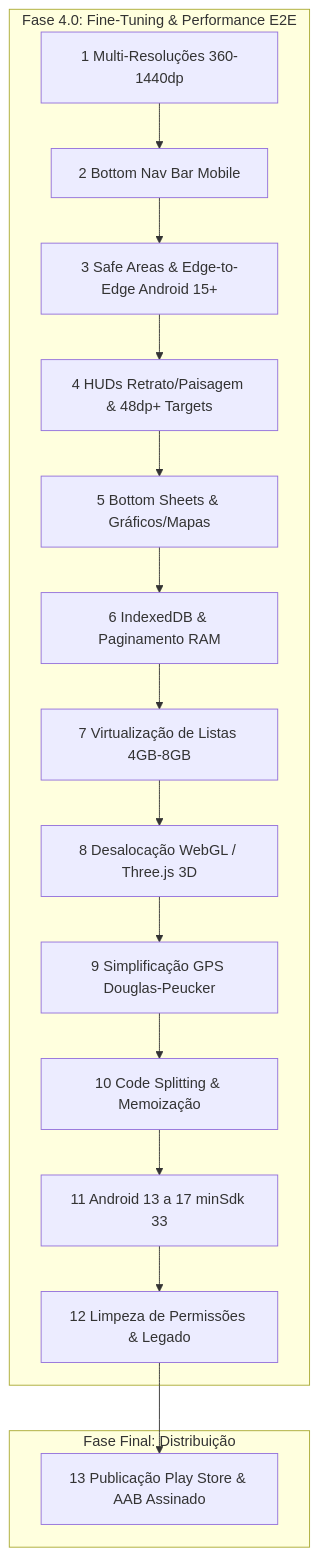
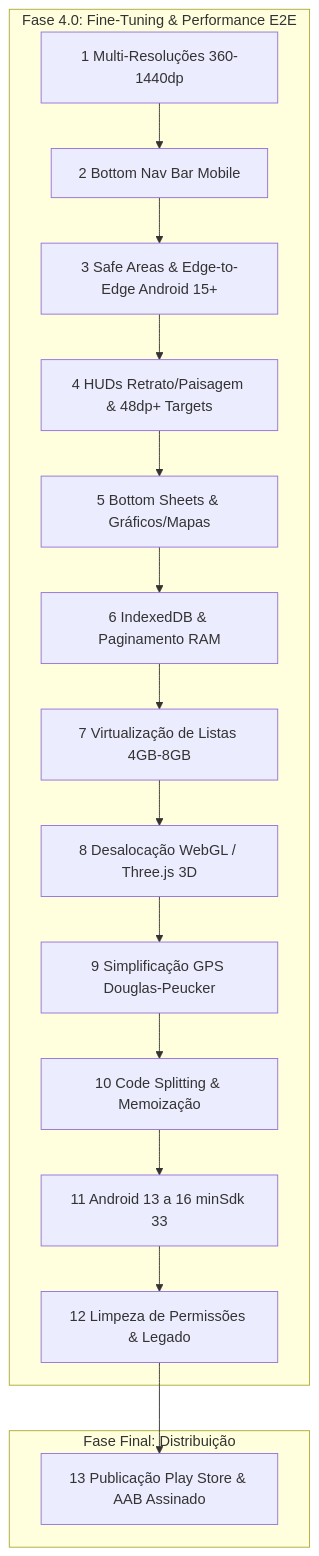
The diagram in ROADMAP.md (lguscouto/runflow-app), drawn with Mermaid before and after one commit. The commit also changed other lines of this file and 190 other files, not shown here.

````diff
--- a/ROADMAP.md
+++ b/ROADMAP.md
@@ -154,22 +170,23 @@
 ```mermaid
 flowchart TD
   subgraph Fase4["Fase 4.0: Fine-Tuning & Performance E2E"]
     V1[1 Multi-Resoluções 360-1440dp] --> V2[2 Bottom Nav Bar Mobile]
     V2 --> V3[3 Safe Areas & Edge-to-Edge Android 15+]
     V3 --> V4[4 HUDs Retrato/Paisagem & 48dp+ Targets]
     V4 --> V5[5 Bottom Sheets & Gráficos/Mapas]
     
     V5 --> P6[6 IndexedDB & Paginamento RAM]
     P6 --> P7[7 Virtualização de Listas 4GB-8GB]
     P7 --> P8[8 Desalocação WebGL / Three.js 3D]
     P8 --> P9[9 Simplificação GPS Douglas-Peucker]
     P9 --> P10[10 Code Splitting & Memoização]
     
-    P10 --> M11[11 Android 13 a 17 minSdk 33]
+    P10 --> M11[11 Android 13 a 16 minSdk 33]
     M11 --> M12[12 Limpeza de Permissões & Legado]
   end
 
   subgraph ReleaseFinal["Fase Final: Distribuição"]
     M12 --> PUB[13 Publicação Play Store & AAB Assinado]
   end
+
 ```
````
